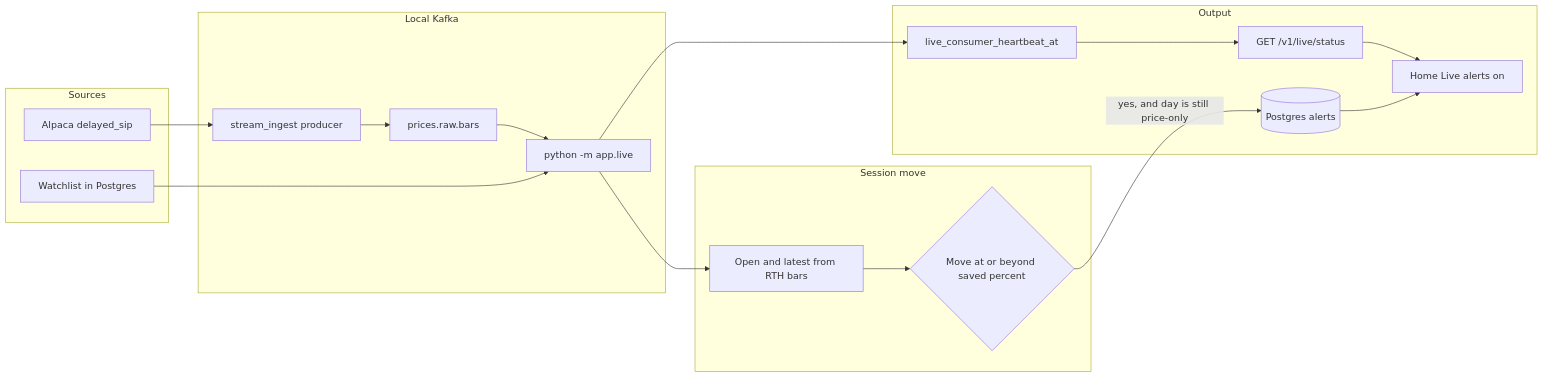
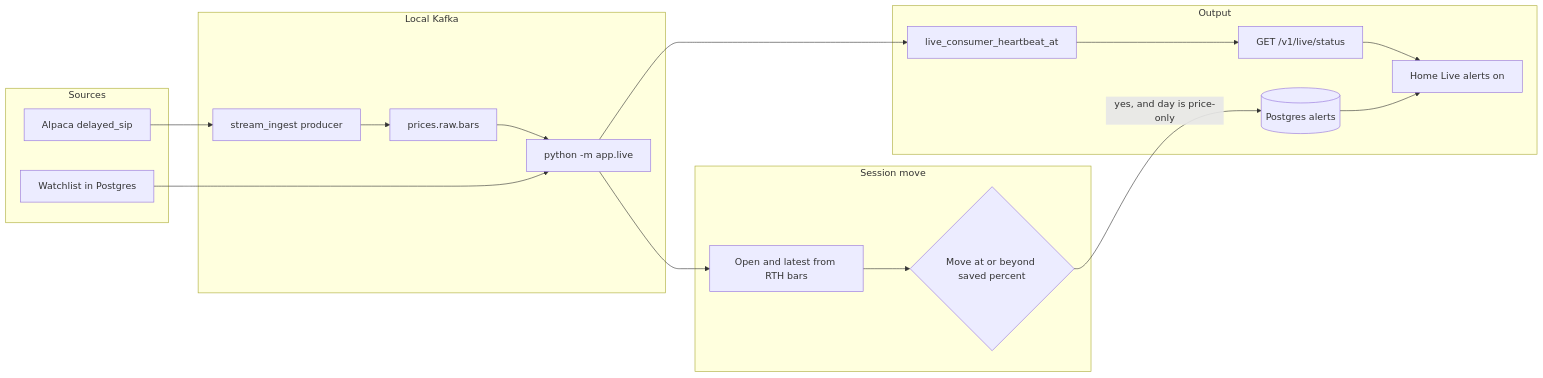
Before and after one commit to sameerde4/ticker-alert-system: the second of 8 diagrams in docs/architecture.md, drawn with Mermaid. The commit also changed other lines of this file and 6 other files, not shown here.

First line of the commit message:
Align docs with the S&P 500 Alert System and price-only lake.

````diff
--- a/docs/architecture.md
+++ b/docs/architecture.md
@@ -102,32 +104,32 @@
 ```mermaid
 flowchart LR
     subgraph sources [Sources]
         ALP[Alpaca delayed_sip]
         WL2[Watchlist in Postgres]
     end
 
     subgraph bus [Local Kafka]
         PROD[stream_ingest producer]
         TOPIC[prices.raw.bars]
         LIVE[python -m app.live]
     end
 
     subgraph decide [Session move]
         BOOK[Open and latest from RTH bars]
         RULE2{Move at or beyond saved percent}
     end
 
     subgraph out2 [Output]
         PG[(Postgres alerts)]
         BEAT[live_consumer_heartbeat_at]
         API[GET /v1/live/status]
         UI2[Home Live alerts on]
     end
 
     ALP --> PROD --> TOPIC --> LIVE
     WL2 --> LIVE
     LIVE --> BOOK --> RULE2
-    RULE2 -->|yes, and day is still price-only| PG
+    RULE2 -->|yes, and day is price-only| PG
     LIVE --> BEAT --> API --> UI2
     PG --> UI2
 ```
````
